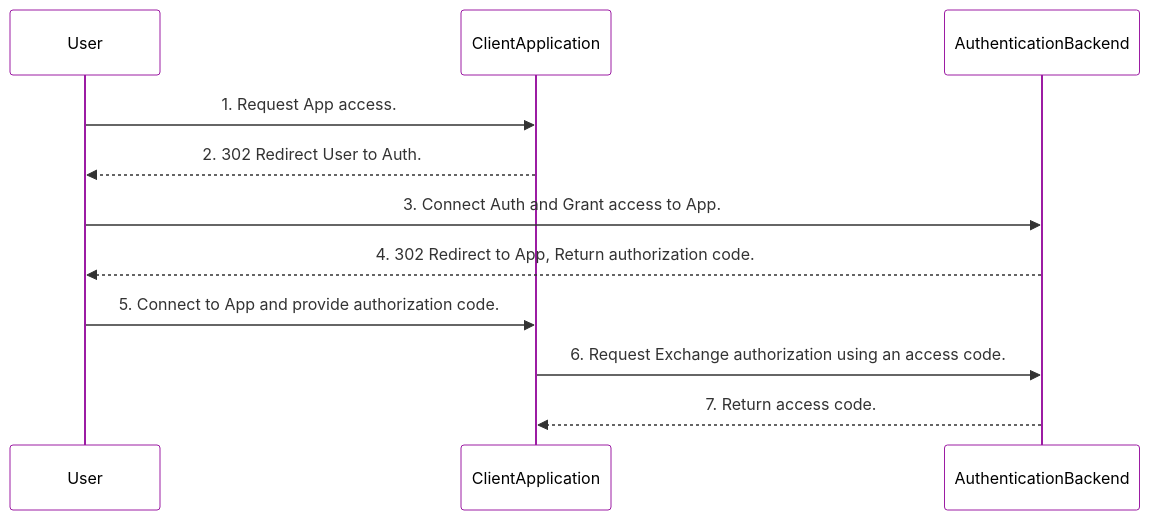
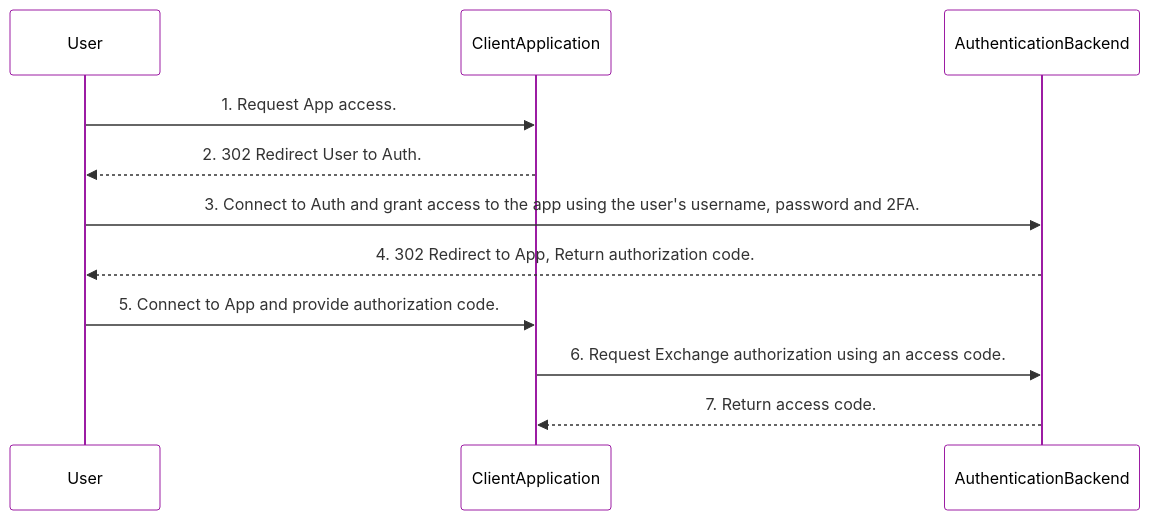
Before and after one commit to abdoulfataoh/oauth2: the diagram in README.md, drawn with Mermaid. The commit also changed other lines of this file, not shown here.

````diff
--- a/README.md
+++ b/README.md
@@ -16,16 +22,16 @@
 ```mermaid
 %%{init: {'theme': 'base', 'themeVariables': { 'primaryColor': 'transparent', 'secondaryColor': 'transparent', 'tertiaryColor': 'transparent', 'actorTextColor': '#000000', 'lineColor': '#00FF00', 'primaryBorderColor': '#9c1ca3'}}}%%
 
 sequenceDiagram
     participant User
     participant Client as ClientApplication
     participant Auth as AuthenticationBackend
 
     User->>Client: 1. Request App access.
     Client-->>User: 2. 302 Redirect User to Auth.
-    User->>Auth: 3. Connect Auth and Grant access to App.
+    User->>Auth: 3. Connect to Auth and grant access to the app using the user's username, password and 2FA.
     Auth-->>User: 4. 302 Redirect to App, Return authorization code.
     User->>Client: 5. Connect to App and provide authorization code.
     Client->>Auth: 6. Request Exchange authorization using an access code.
     Auth-->>Client: 7. Return access code.
 ```
````
